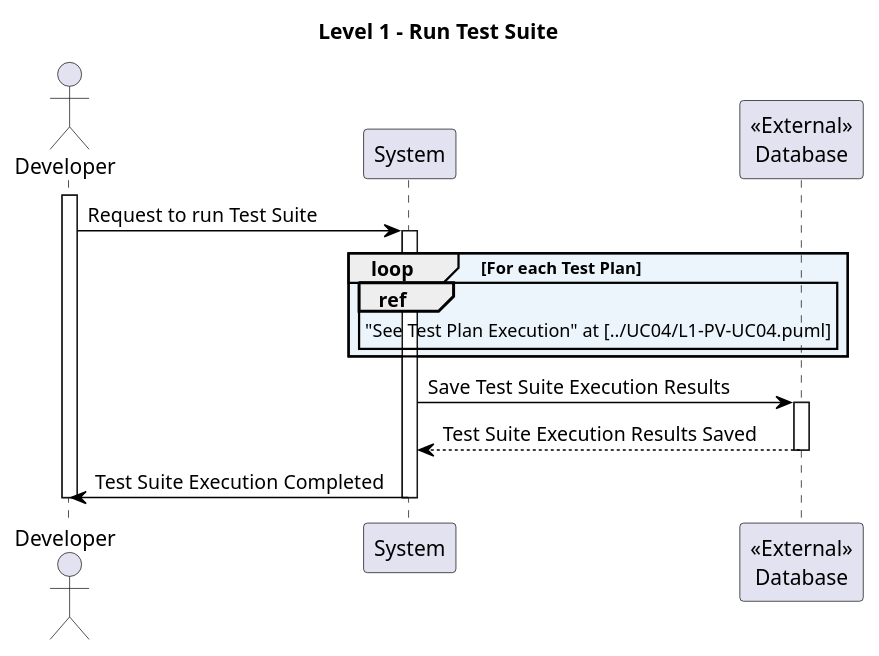
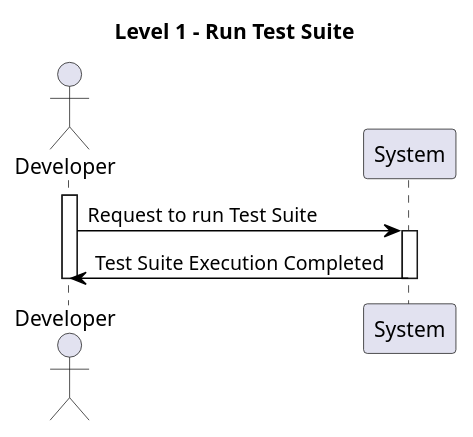
Before and after one commit to Mindera/Alfie-Melmac-Performance-Testing: the diagram in docs/use-cases/UC03/puml/L1-PV-UC03.puml, drawn with PlantUML. The commit also changed 31 other files, not shown here.

```diff
--- a/docs/use-cases/UC03/puml/L1-PV-UC03.puml
+++ b/docs/use-cases/UC03/puml/L1-PV-UC03.puml
@@ -1,40 +1,30 @@
 @startuml L1-PV-UC03
 
 title Level 1 - Run Test Suite
 
 hide empty members
 
 skinparam class {
     BackgroundColor<<valueObject>> #D6EAF8
     BackgroundColor<<root>> #FDEBD0
     BackgroundColor<<service>> #D1F2EB
     BackgroundColor #FEF9E7
     ArrowColor Black
 }
 
 skinparam package {
     BackgroundColor #EBF5FB
 }
 
 actor Developer as D
 
 participant "System" as System
-participant "<<External>>\nDatabase" as DB
 
 activate D
 D -> System: Request to run Test Suite
 activate System
-loop For each Test Plan
-    ref over System
-            "See Test Plan Execution" at [../UC04/L1-PV-UC04.puml]
-    end ref
-end loop
-System -> DB: Save Test Suite Execution Results
-activate DB
-DB --> System: Test Suite Execution Results Saved
-deactivate DB
 System -> D: Test Suite Execution Completed
 deactivate System
 deactivate D
 
 @enduml
```
